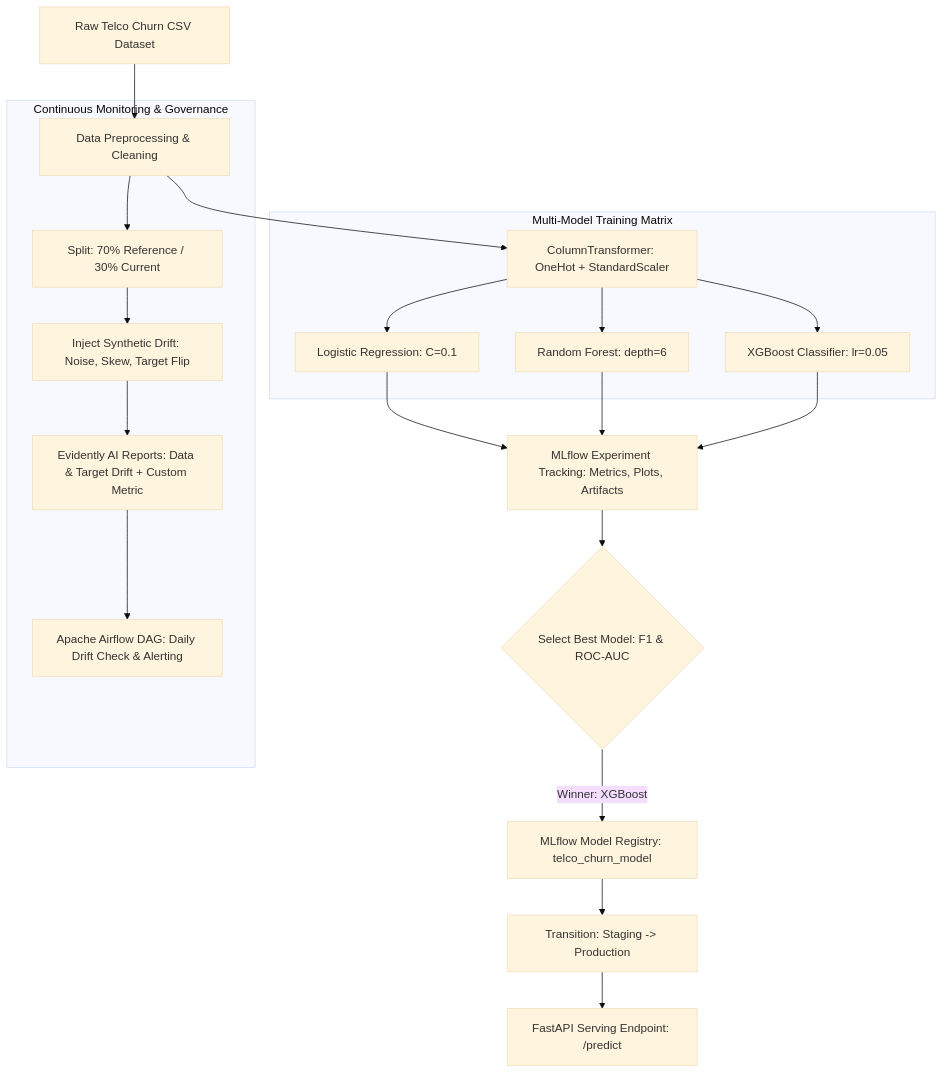
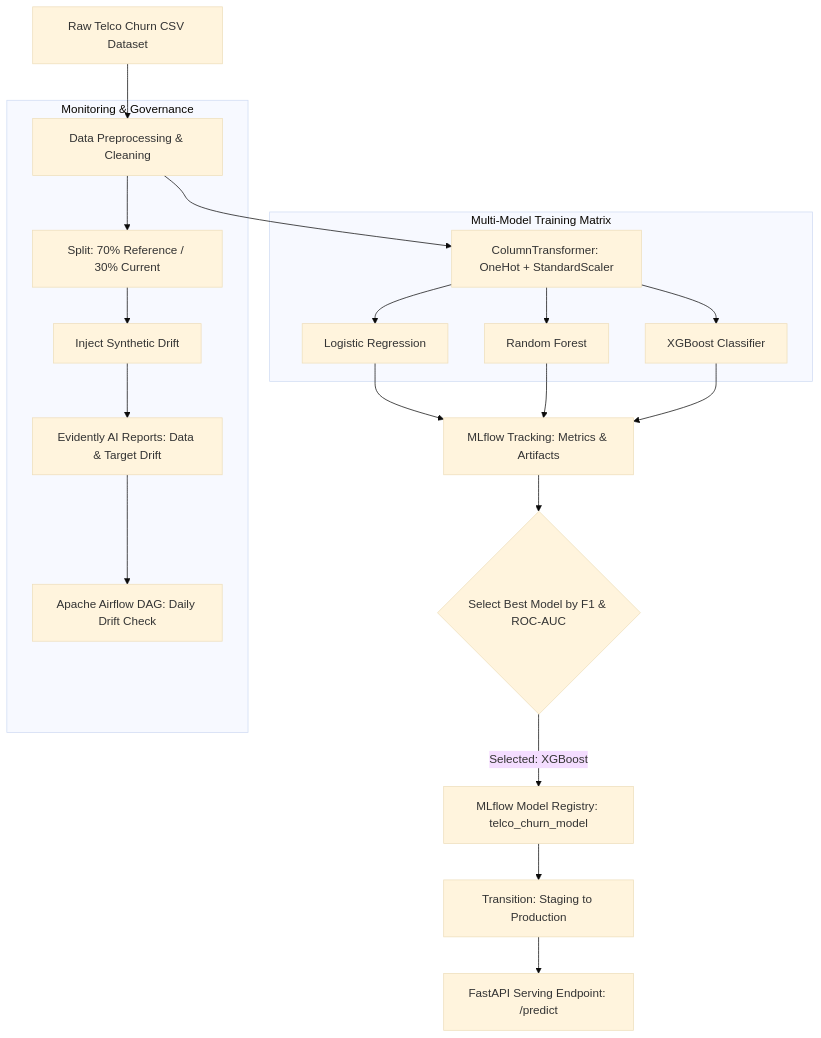
Before and after one commit to ArunGuptaGIt/W17-Assignment: the diagram in Track_A/README.md, drawn with Mermaid (base theme). The commit also changed other lines of this file and 2 other files, not shown here.

````diff
--- a/Track_A/README.md
+++ b/Track_A/README.md
@@ -9,28 +7,28 @@
 ```mermaid
 graph TD
     RawData[Raw Telco Churn CSV Dataset] --> DataPrep[Data Preprocessing & Cleaning]
     DataPrep --> Preprocessor[ColumnTransformer: OneHot + StandardScaler]
     
     subgraph Multi-Model Training Matrix
-        Preprocessor --> Model1[Logistic Regression: C=0.1]
-        Preprocessor --> Model2[Random Forest: depth=6]
-        Preprocessor --> Model3[XGBoost Classifier: lr=0.05]
+        Preprocessor --> Model1[Logistic Regression]
+        Preprocessor --> Model2[Random Forest]
+        Preprocessor --> Model3[XGBoost Classifier]
     end
 
-    Model1 --> MLflowTrack[MLflow Experiment Tracking: Metrics, Plots, Artifacts]
+    Model1 --> MLflowTrack[MLflow Tracking: Metrics & Artifacts]
     Model2 --> MLflowTrack
     Model3 --> MLflowTrack
 
-    MLflowTrack --> ModelSelection{Select Best Model: F1 & ROC-AUC}
-    ModelSelection -->|Winner: XGBoost| Registry[MLflow Model Registry: telco_churn_model]
+    MLflowTrack --> ModelSelection{Select Best Model by F1 & ROC-AUC}
+    ModelSelection -->|Selected: XGBoost| Registry[MLflow Model Registry: telco_churn_model]
     
-    Registry --> StageTransition[Transition: Staging -> Production]
+    Registry --> StageTransition[Transition: Staging to Production]
     StageTransition --> Serving[FastAPI Serving Endpoint: /predict]
     
-    subgraph Continuous Monitoring & Governance
+    subgraph Monitoring & Governance
         DataPrep --> Split[Split: 70% Reference / 30% Current]
-        Split --> SyntheticDrift[Inject Synthetic Drift: Noise, Skew, Target Flip]
-        SyntheticDrift --> Evidently[Evidently AI Reports: Data & Target Drift + Custom Metric]
-        Evidently --> AirflowDAG[Apache Airflow DAG: Daily Drift Check & Alerting]
+        Split --> SyntheticDrift[Inject Synthetic Drift]
+        SyntheticDrift --> Evidently[Evidently AI Reports: Data & Target Drift]
+        Evidently --> AirflowDAG[Apache Airflow DAG: Daily Drift Check]
     end
 ```
````
